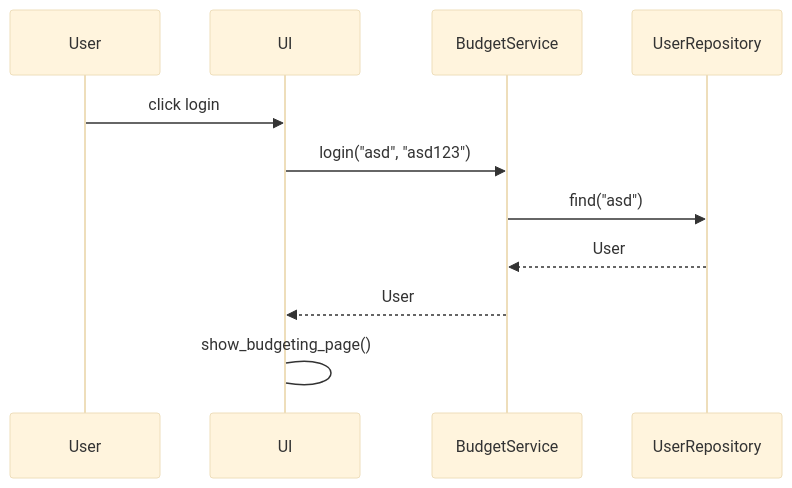
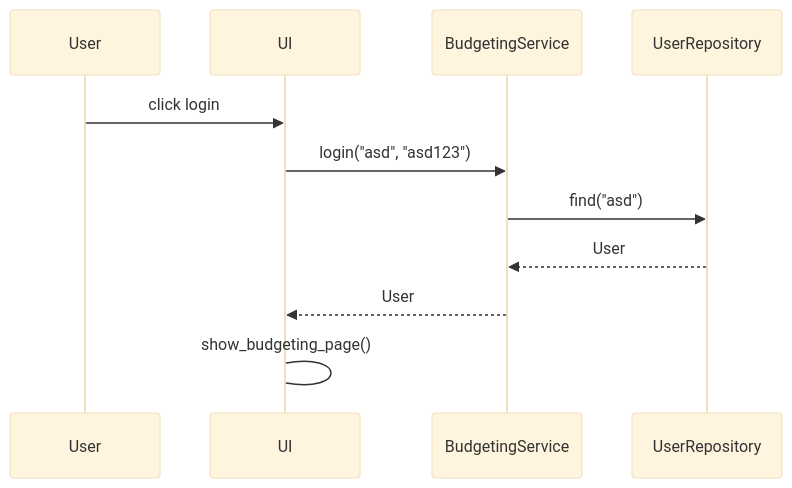
The second of 4 diagrams in dokumentaatio/arkkitehtuuri.md (SamiKazan/BudjetointiSovellus), drawn with Mermaid (base theme) before and after one commit. The commit also changed other lines of this file, not shown here.

````diff
--- a/dokumentaatio/arkkitehtuuri.md
+++ b/dokumentaatio/arkkitehtuuri.md
@@ -66,14 +66,14 @@
 ```mermaid
 sequenceDiagram
-  participant User
-  participant UI
-  participant BudgetService
-  participant UserRepository
-
-  User->>UI: click login
-  UI->>BudgetService: login("asd", "asd123")
-  BudgetService->>UserRepository: find("asd")
-  UserRepository-->>BudgetService: User
-  BudgetService-->>UI: User
-  UI->UI: show_budgeting_page()
+    participant User
+    participant UI
+    participant BudgetingService
+    participant UserRepository
+    
+    User->>UI: click login
+    UI->>BudgetingService: login("asd", "asd123")
+    BudgetingService->>UserRepository: find("asd")
+    UserRepository-->>BudgetingService: User
+    BudgetingService-->>UI: User
+    UI->UI: show_budgeting_page()
 ```
````
